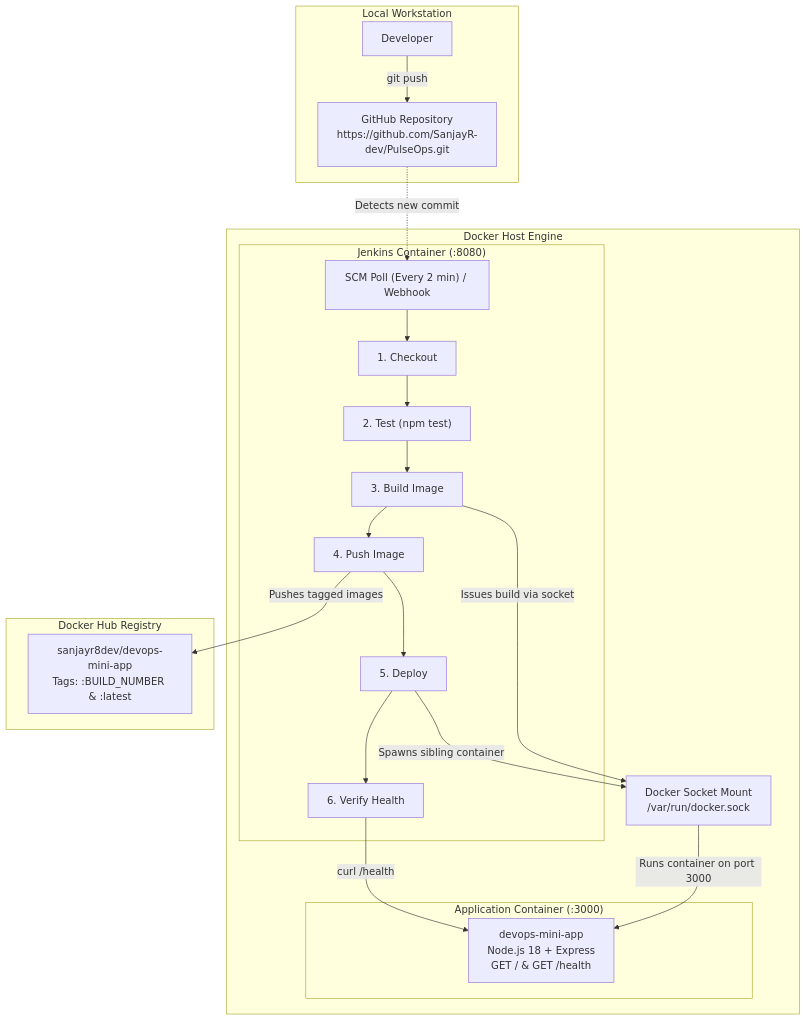
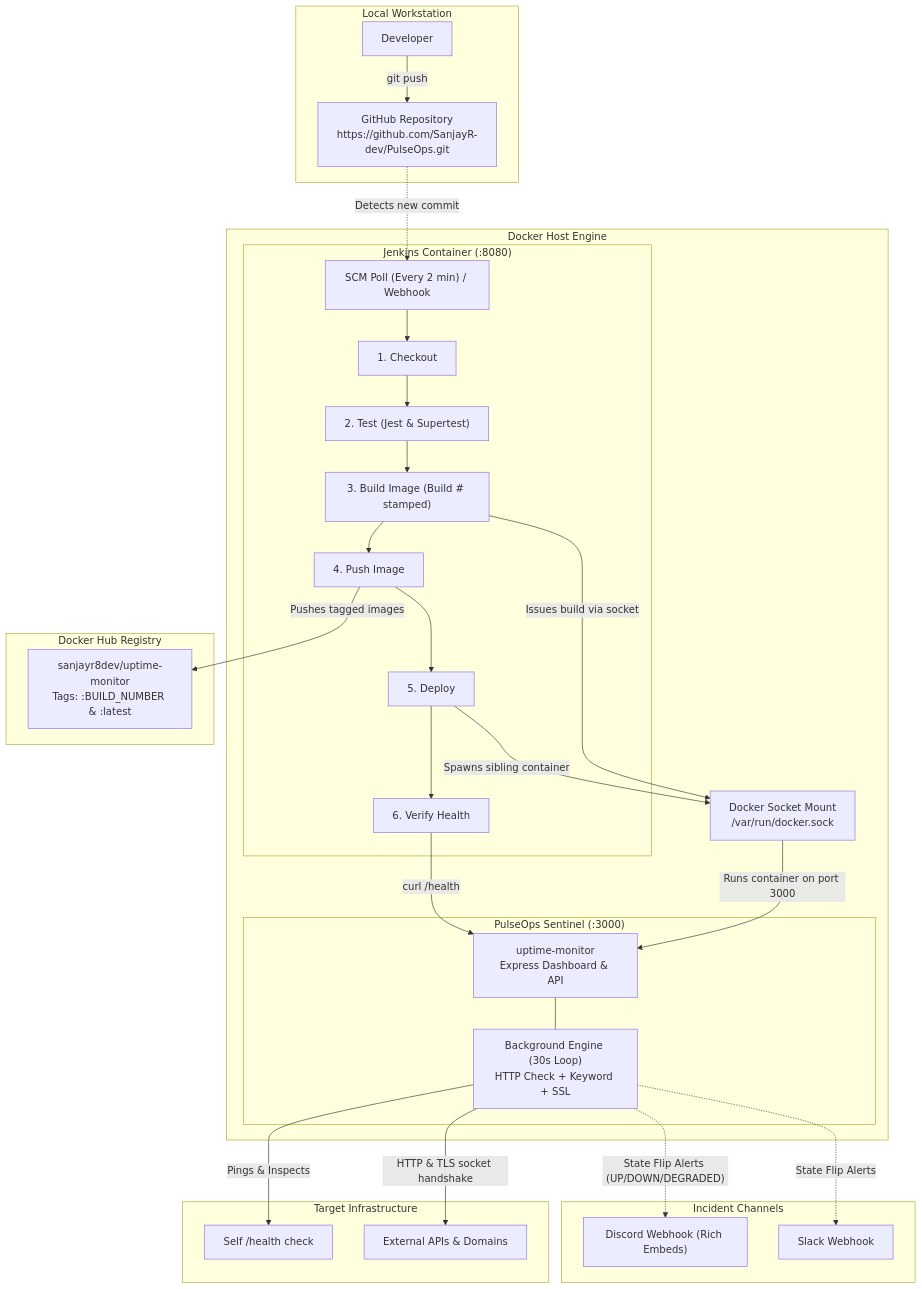
One commit to SanjayR-dev/PulseOps changed the diagram in README.md. Above: the diagram before and after it, drawn with Mermaid. The commit also changed other lines of this file and 13 other files, not shown here.

Commit message:
feat: upgrade to PulseOps Sentinel with Uptime, Content Integrity & SSL Expiry monitoring

````diff
--- a/README.md
+++ b/README.md
@@ -9,38 +11,55 @@
 ```mermaid
 flowchart TD
     subgraph Developer["Local Workstation"]
         DEV["Developer"] -->|"git push"| GH["GitHub Repository<br/>https://github.com/SanjayR-dev/PulseOps.git"]
     end
 
     subgraph Host["Docker Host Engine"]
         subgraph Jenkins["Jenkins Container (:8080)"]
             POLL["SCM Poll (Every 2 min) / Webhook"]
             CHECKOUT["1. Checkout"]
-            TEST["2. Test (npm test)"]
-            BUILD["3. Build Image"]
+            TEST["2. Test (Jest & Supertest)"]
+            BUILD["3. Build Image (Build # stamped)"]
             PUSH["4. Push Image"]
             DEPLOY["5. Deploy"]
             VERIFY["6. Verify Health"]
             
             CHECKOUT --> TEST --> BUILD --> PUSH --> DEPLOY --> VERIFY
         end
 
         SOCK["Docker Socket Mount<br/>/var/run/docker.sock"]
         
-        subgraph App["Application Container (:3000)"]
-            SERVER["devops-mini-app<br/>Node.js 18 + Express<br/>GET / & GET /health"]
+        subgraph App["PulseOps Sentinel (:3000)"]
+            SERVER["uptime-monitor<br/>Express Dashboard & API"]
+            CHECKER["Background Engine (30s Loop)<br/>HTTP Check + Keyword + SSL"]
+            SERVER --- CHECKER
         end
     end
 
     subgraph Registry["Docker Hub Registry"]
-        HUB["sanjayr8dev/devops-mini-app<br/>Tags: :BUILD_NUMBER & :latest"]
+        HUB["sanjayr8dev/uptime-monitor<br/>Tags: :BUILD_NUMBER & :latest"]
+    end
+
+    subgraph Targets["Target Infrastructure"]
+        SELF["Self /health check"]
+        EXTERNAL["External APIs & Domains"]
+    end
+
+    subgraph Alerts["Incident Channels"]
+        DISCORD["Discord Webhook (Rich Embeds)"]
+        SLACK["Slack Webhook"]
     end
 
     GH -.->|"Detects new commit"| POLL
     POLL --> CHECKOUT
     BUILD -->|"Issues build via socket"| SOCK
     PUSH -->|"Pushes tagged images"| HUB
     DEPLOY -->|"Spawns sibling container"| SOCK
     SOCK -->|"Runs container on port 3000"| SERVER
     VERIFY -->|"curl /health"| SERVER
+
+    CHECKER -->|"Pings & Inspects"| SELF
+    CHECKER -->|"HTTP & TLS socket handshake"| EXTERNAL
+    CHECKER -.->|"State Flip Alerts (UP/DOWN/DEGRADED)"| DISCORD
+    CHECKER -.->|"State Flip Alerts"| SLACK
 ```
````
